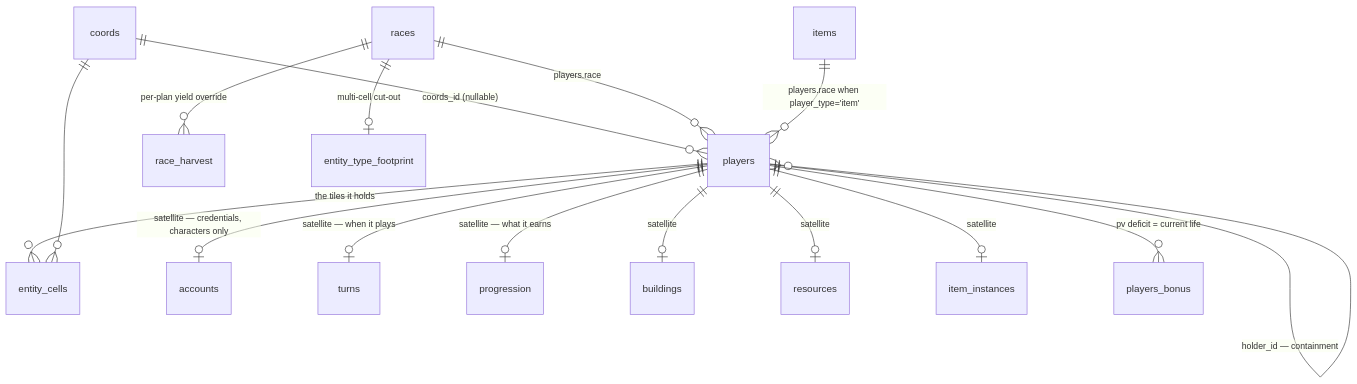
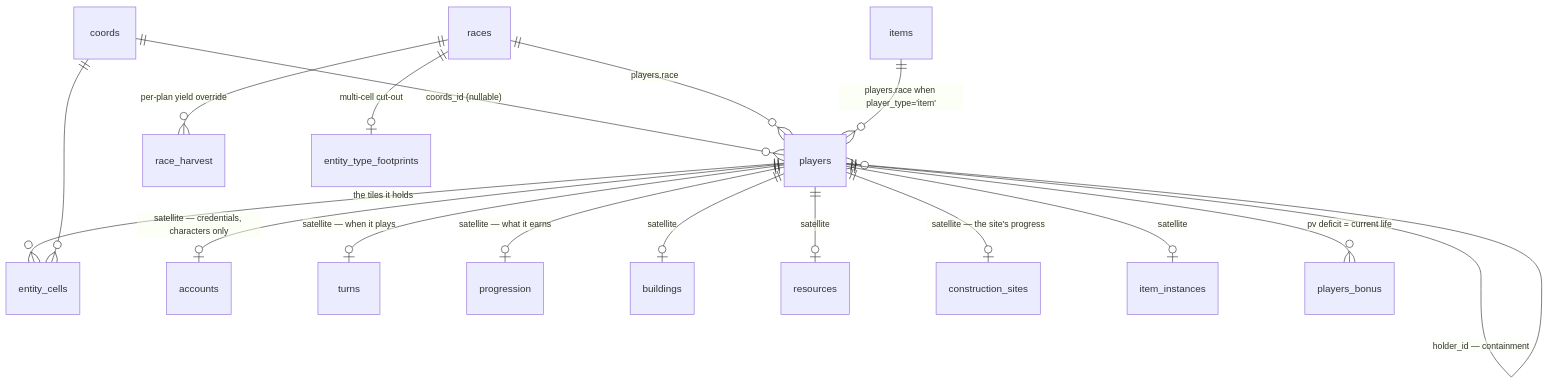
The fourth of 9 diagrams in docs/entity-system-overview.md (Age-Of-Olympia/aoo-engine), drawn with Mermaid before and after one commit. The commit also changed other lines of this file and 1 other file, not shown here.

````diff
--- a/docs/entity-system-overview.md
+++ b/docs/entity-system-overview.md
@@ -296,18 +296,19 @@
 ```mermaid
 erDiagram
     coords ||--o{ players : "coords_id (nullable)"
     players ||--o{ players : "holder_id — containment"
     players ||--o{ entity_cells : "the tiles it holds"
     coords ||--o{ entity_cells : ""
     races ||--o{ players : "players.race"
     items ||--o{ players : "players.race when player_type='item'"
     players ||--o| accounts : "satellite — credentials, characters only"
     players ||--o| turns : "satellite — when it plays"
     players ||--o| progression : "satellite — what it earns"
     players ||--o| buildings : "satellite"
     players ||--o| resources : "satellite"
+    players ||--o| construction_sites : "satellite — the site's progress"
     players ||--o| item_instances : "satellite"
     players ||--o{ players_bonus : "pv deficit = current life"
     races ||--o{ race_harvest : "per-plan yield override"
-    races ||--o| entity_type_footprint : "multi-cell cut-out"
+    races ||--o| entity_type_footprints : "multi-cell cut-out"
 ```
````
